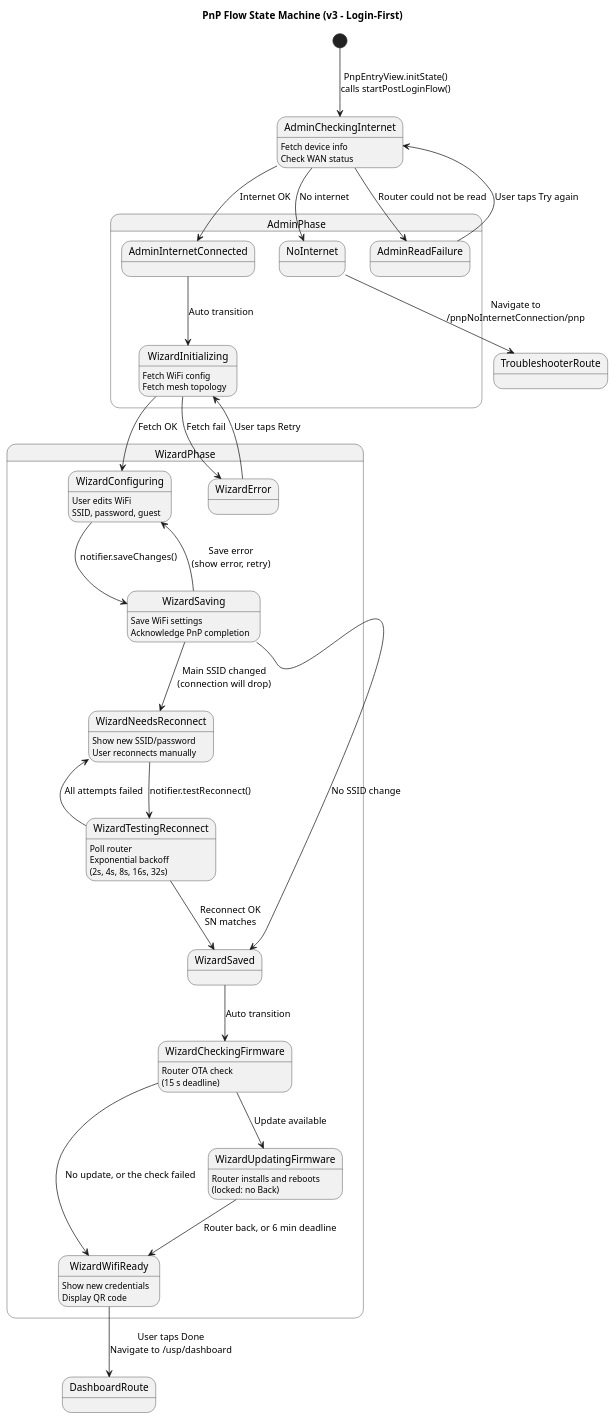
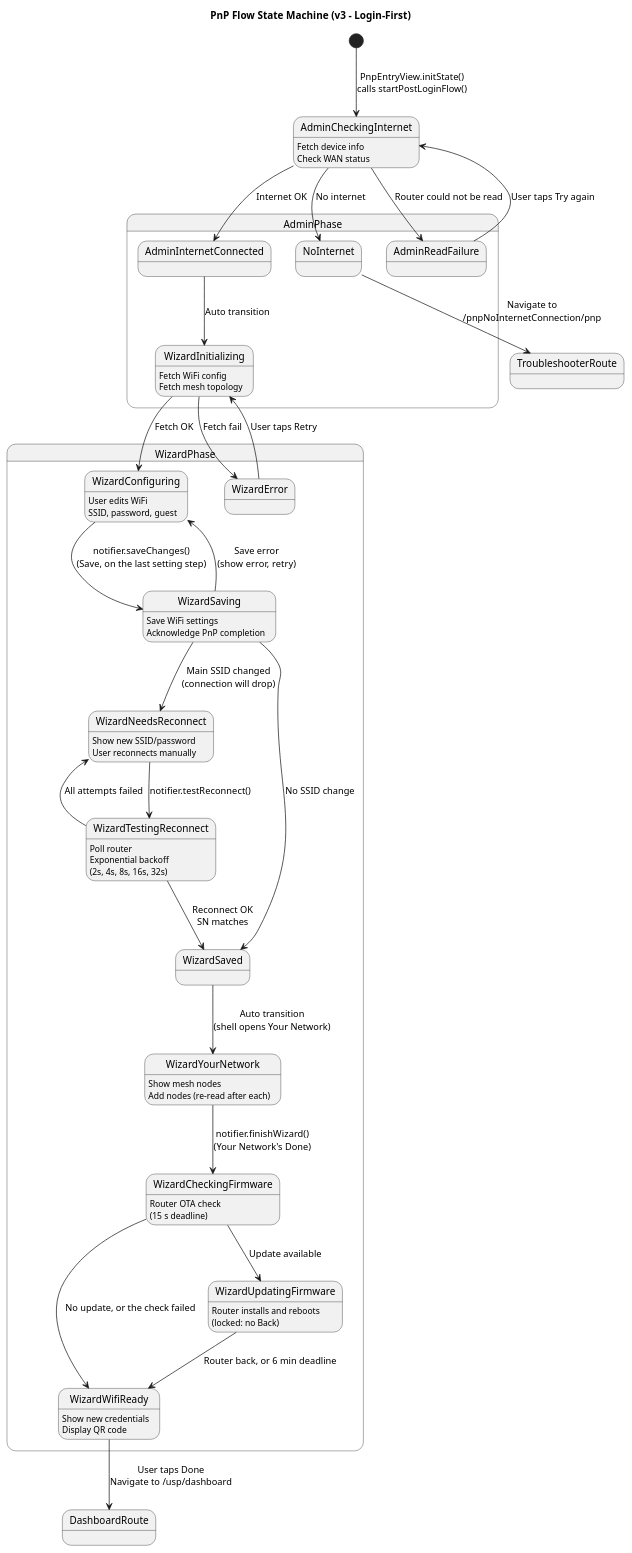
One commit to linksys/PrivacyGUI changed the first of 2 diagrams in doc/pnp/pnp-flow.md. Above: the diagram before and after it, drawn with PlantUML. The commit also changed other lines of this file and 23 other files, not shown here.

````diff
--- a/doc/pnp/pnp-flow.md
+++ b/doc/pnp/pnp-flow.md
@@ -18,60 +18,63 @@
 ```plantuml
 @startuml
 title PnP Flow State Machine (v3 - Login-First)
 
 ' ═══════════════════════════════════════════════════════════════
 ' Entry: User already logged in via LoginLocalView
 ' router_provider._prepare() → PnpStatusService.check()
 ' If needsPnp=true → navigate to /pnp (PnpEntryView)
 ' ═══════════════════════════════════════════════════════════════
 
 [*] --> AdminCheckingInternet : PnpEntryView.initState()\ncalls startPostLoginFlow()
 
 state AdminPhase {
     AdminCheckingInternet : Fetch device info\nCheck WAN status
     AdminCheckingInternet --> AdminInternetConnected : Internet OK
     AdminCheckingInternet --> NoInternet : No internet
     AdminCheckingInternet --> AdminReadFailure : Router could not be read
 
     AdminInternetConnected --> WizardInitializing : Auto transition
     AdminReadFailure --> AdminCheckingInternet : User taps Try again
 }
 
 NoInternet --> TroubleshooterRoute <<end>> : Navigate to\n/pnpNoInternetConnection/pnp
 
 state WizardPhase {
     WizardInitializing : Fetch WiFi config\nFetch mesh topology
     WizardInitializing --> WizardConfiguring : Fetch OK
     WizardInitializing --> WizardError : Fetch fail
 
     WizardConfiguring : User edits WiFi\nSSID, password, guest
-    WizardConfiguring --> WizardSaving : notifier.saveChanges()
+    WizardConfiguring --> WizardSaving : notifier.saveChanges()\n(Save, on the last setting step)
 
     WizardSaving : Save WiFi settings\nAcknowledge PnP completion
     WizardSaving --> WizardNeedsReconnect : Main SSID changed\n(connection will drop)
     WizardSaving --> WizardSaved : No SSID change
     WizardSaving --> WizardConfiguring : Save error\n(show error, retry)
 
-    WizardSaved --> WizardCheckingFirmware : Auto transition
+    WizardSaved --> WizardYourNetwork : Auto transition\n(shell opens Your Network)
+
+    WizardYourNetwork : Show mesh nodes\nAdd nodes (re-read after each)
+    WizardYourNetwork --> WizardCheckingFirmware : notifier.finishWizard()\n(Your Network's Done)
 
     WizardNeedsReconnect : Show new SSID/password\nUser reconnects manually
     WizardNeedsReconnect --> WizardTestingReconnect : notifier.testReconnect()
 
     WizardTestingReconnect : Poll router\nExponential backoff\n(2s, 4s, 8s, 16s, 32s)
     WizardTestingReconnect --> WizardSaved : Reconnect OK\nSN matches
     WizardTestingReconnect --> WizardNeedsReconnect : All attempts failed
 
     WizardCheckingFirmware : Router OTA check\n(15 s deadline)
     WizardCheckingFirmware --> WizardWifiReady : No update, or the check failed
     WizardCheckingFirmware --> WizardUpdatingFirmware : Update available
     WizardUpdatingFirmware : Router installs and reboots\n(locked: no Back)
     WizardUpdatingFirmware --> WizardWifiReady : Router back, or 6 min deadline
 
     WizardWifiReady : Show new credentials\nDisplay QR code
     WizardError --> WizardInitializing : User taps Retry
 }
 
 WizardWifiReady --> DashboardRoute <<end>> : User taps Done\nNavigate to /usp/dashboard
 
 @enduml
 ```
````
